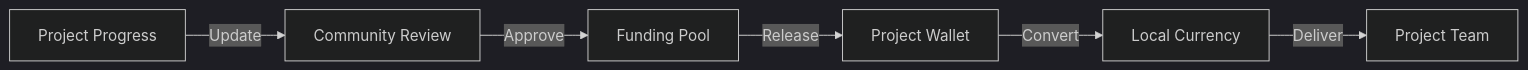
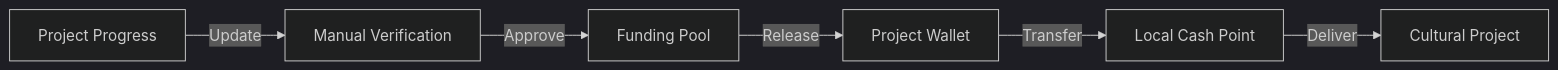
The fifth of 8 diagrams in README.md (tapilew/equilibrio-alpha), drawn with Mermaid (dark theme) before and after one commit. The commit also changed other lines of this file, not shown here.

````diff
--- a/README.md
+++ b/README.md
@@ -193,8 +244,8 @@
    ```mermaid
    graph LR
        A[Funding Pool] -->|Release| B[Project Wallet]
-       C[Project Progress] -->|Update| D[Community Review]
+       C[Project Progress] -->|Update| D[Manual Verification]
        D -->|Approve| A
-       B -->|Convert| E[Local Currency]
-       E -->|Deliver| F[Project Team]
+       B -->|Transfer| E[Local Cash Point]
+       E -->|Deliver| F[Cultural Project]
    ```
````
